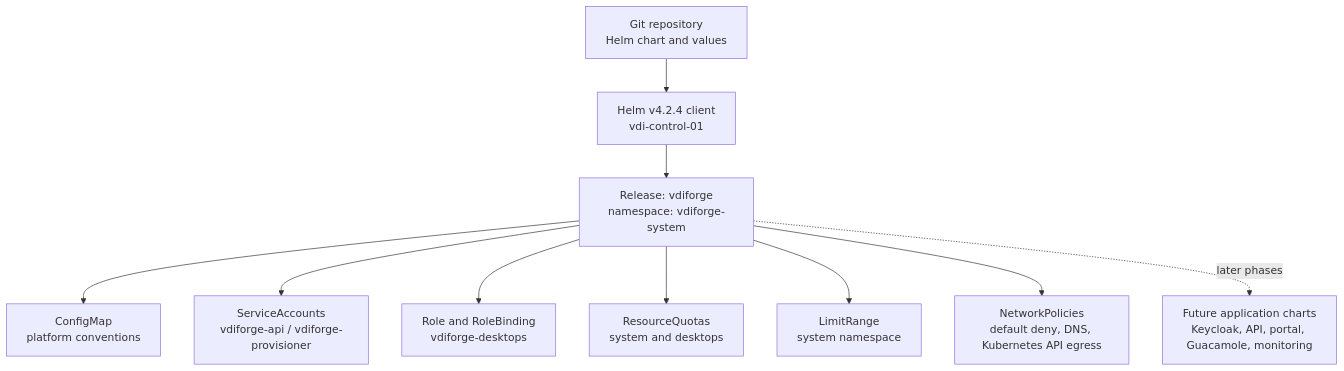
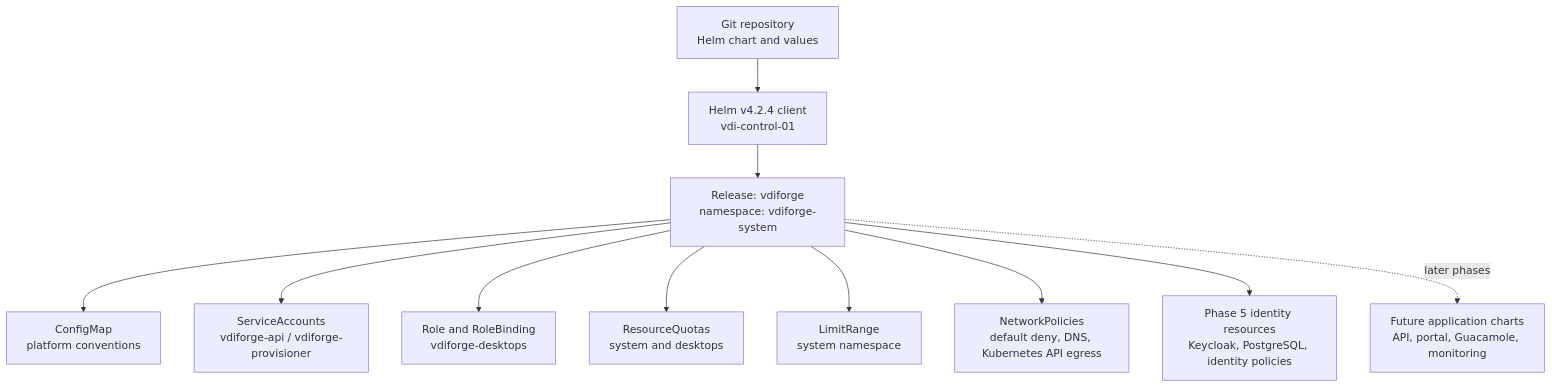
One commit to happelj/VDIForge changed the fifth of 12 diagrams in docs/ARCHITECTURE.md. Above: the diagram before and after it, drawn with Mermaid. The commit also changed other lines of this file and 41 other files, not shown here.

````diff
--- a/docs/ARCHITECTURE.md
+++ b/docs/ARCHITECTURE.md
@@ -154,23 +154,25 @@
 ```mermaid
 flowchart TB
   Git[Git repository<br/>Helm chart and values]
   Helm[Helm v4.2.4 client<br/>vdi-control-01]
   Release[Release: vdiforge<br/>namespace: vdiforge-system]
   CM[ConfigMap<br/>platform conventions]
   SA[ServiceAccounts<br/>vdiforge-api / vdiforge-provisioner]
   RBAC[Role and RoleBinding<br/>vdiforge-desktops]
   Quota[ResourceQuotas<br/>system and desktops]
   Limit[LimitRange<br/>system namespace]
   NP[NetworkPolicies<br/>default deny, DNS, Kubernetes API egress]
-  Future[Future application charts<br/>Keycloak, API, portal, Guacamole, monitoring]
+  Identity[Phase 5 identity resources<br/>Keycloak, PostgreSQL, identity policies]
+  Future[Future application charts<br/>API, portal, Guacamole, monitoring]
 
   Git --> Helm
   Helm --> Release
   Release --> CM
   Release --> SA
   Release --> RBAC
   Release --> Quota
   Release --> Limit
   Release --> NP
+  Release --> Identity
   Release -. later phases .-> Future
 ```
````
